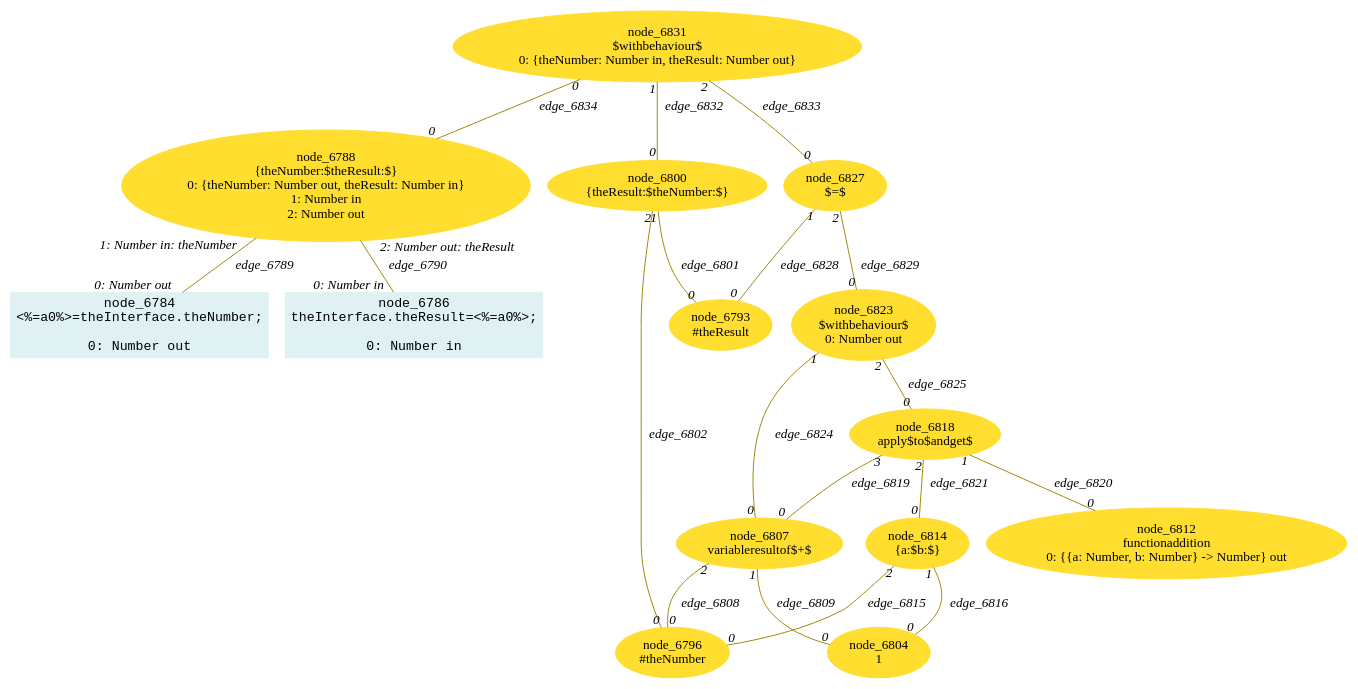
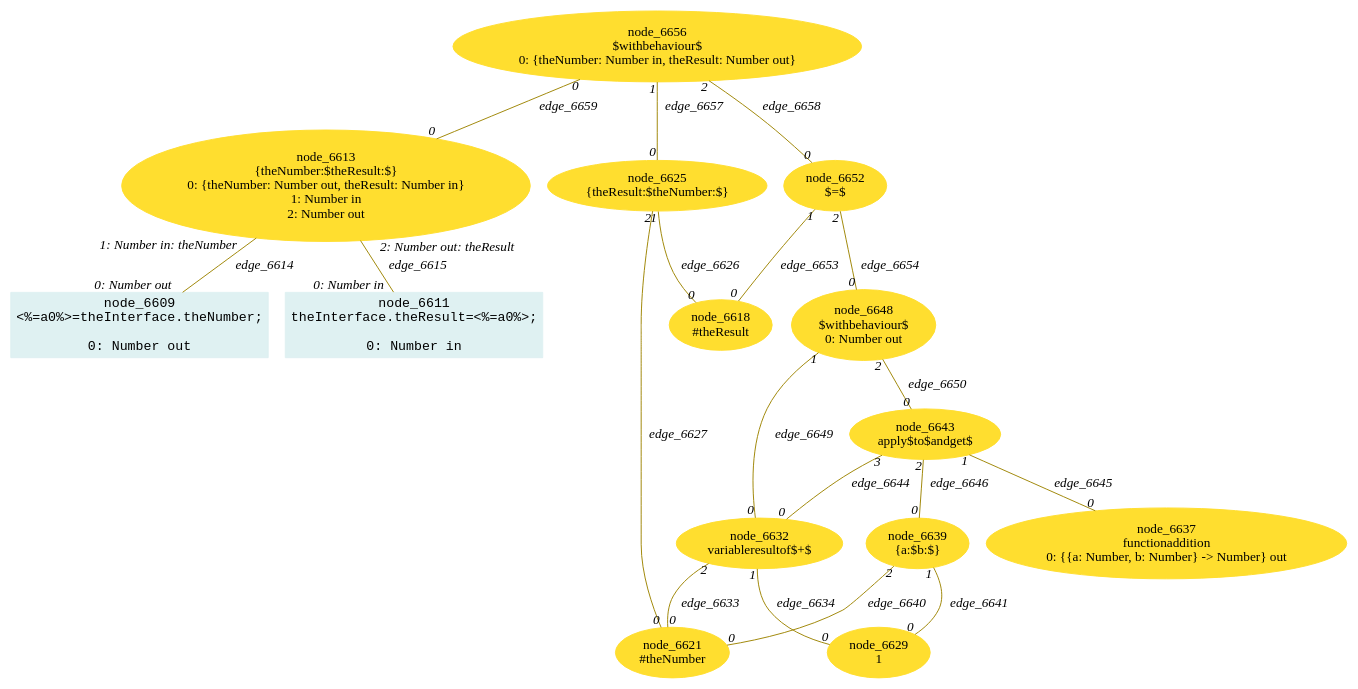
The diagram in lidl-core/example/ok/realAffectationExpression/dot/13referentialTransparencyInstances1.dot (crubier/lidl), drawn with Graphviz before and after one commit. The commit also changed 1179 other files, not shown here.

```diff
--- a/lidl-core/example/ok/realAffectationExpression/dot/13referentialTransparencyInstances1.dot
+++ b/lidl-core/example/ok/realAffectationExpression/dot/13referentialTransparencyInstances1.dot
@@ -1,65 +1,65 @@
-digraph g{node_6784 [shape="box", style="filled", color="#dff1f2", fontname="Courier", label="node_6784
+digraph g{node_6609 [shape="box", style="filled", color="#dff1f2", fontname="Courier", label="node_6609
 <%=a0%>=theInterface.theNumber;
 
 0: Number out" ]
-node_6786 [shape="box", style="filled", color="#dff1f2", fontname="Courier", label="node_6786
+node_6611 [shape="box", style="filled", color="#dff1f2", fontname="Courier", label="node_6611
 theInterface.theResult=<%=a0%>;
 
 0: Number in" ]
-node_6788 [shape="ellipse", style="filled", color="#ffde2f", fontname="Times", label="node_6788
+node_6613 [shape="ellipse", style="filled", color="#ffde2f", fontname="Times", label="node_6613
 {theNumber:$theResult:$}
 0: {theNumber: Number out, theResult: Number in}
 1: Number in
 2: Number out" ]
-node_6793 [shape="ellipse", style="filled", color="#ffde2f", fontname="Times", label="node_6793
+node_6618 [shape="ellipse", style="filled", color="#ffde2f", fontname="Times", label="node_6618
 #theResult
 " ]
-node_6796 [shape="ellipse", style="filled", color="#ffde2f", fontname="Times", label="node_6796
+node_6621 [shape="ellipse", style="filled", color="#ffde2f", fontname="Times", label="node_6621
 #theNumber
 " ]
-node_6800 [shape="ellipse", style="filled", color="#ffde2f", fontname="Times", label="node_6800
+node_6625 [shape="ellipse", style="filled", color="#ffde2f", fontname="Times", label="node_6625
 {theResult:$theNumber:$}
 " ]
-node_6804 [shape="ellipse", style="filled", color="#ffde2f", fontname="Times", label="node_6804
+node_6629 [shape="ellipse", style="filled", color="#ffde2f", fontname="Times", label="node_6629
 1
 " ]
-node_6807 [shape="ellipse", style="filled", color="#ffde2f", fontname="Times", label="node_6807
+node_6632 [shape="ellipse", style="filled", color="#ffde2f", fontname="Times", label="node_6632
 variableresultof$+$
 " ]
-node_6812 [shape="ellipse", style="filled", color="#ffde2f", fontname="Times", label="node_6812
+node_6637 [shape="ellipse", style="filled", color="#ffde2f", fontname="Times", label="node_6637
 functionaddition
 0: {{a: Number, b: Number} -> Number} out" ]
-node_6814 [shape="ellipse", style="filled", color="#ffde2f", fontname="Times", label="node_6814
+node_6639 [shape="ellipse", style="filled", color="#ffde2f", fontname="Times", label="node_6639
 {a:$b:$}
 " ]
-node_6818 [shape="ellipse", style="filled", color="#ffde2f", fontname="Times", label="node_6818
+node_6643 [shape="ellipse", style="filled", color="#ffde2f", fontname="Times", label="node_6643
 apply$to$andget$
 " ]
-node_6823 [shape="ellipse", style="filled", color="#ffde2f", fontname="Times", label="node_6823
+node_6648 [shape="ellipse", style="filled", color="#ffde2f", fontname="Times", label="node_6648
 $withbehaviour$
 0: Number out" ]
-node_6827 [shape="ellipse", style="filled", color="#ffde2f", fontname="Times", label="node_6827
+node_6652 [shape="ellipse", style="filled", color="#ffde2f", fontname="Times", label="node_6652
 $=$
 " ]
-node_6831 [shape="ellipse", style="filled", color="#ffde2f", fontname="Times", label="node_6831
+node_6656 [shape="ellipse", style="filled", color="#ffde2f", fontname="Times", label="node_6656
 $withbehaviour$
 0: {theNumber: Number in, theResult: Number out}" ]
-node_6788 -> node_6784 [dir=none, arrowHead=none, fontname="Times-Italic", arrowsize=1, color="#9d8400", label="edge_6789",  headlabel="0: Number out", taillabel="1: Number in: theNumber" ]
-node_6788 -> node_6786 [dir=none, arrowHead=none, fontname="Times-Italic", arrowsize=1, color="#9d8400", label="edge_6790",  headlabel="0: Number in", taillabel="2: Number out: theResult" ]
-node_6800 -> node_6793 [dir=none, arrowHead=none, fontname="Times-Italic", arrowsize=1, color="#9d8400", label="edge_6801",  headlabel="0", taillabel="1" ]
-node_6800 -> node_6796 [dir=none, arrowHead=none, fontname="Times-Italic", arrowsize=1, color="#9d8400", label="edge_6802",  headlabel="0", taillabel="2" ]
-node_6807 -> node_6796 [dir=none, arrowHead=none, fontname="Times-Italic", arrowsize=1, color="#9d8400", label="edge_6808",  headlabel="0", taillabel="2" ]
-node_6807 -> node_6804 [dir=none, arrowHead=none, fontname="Times-Italic", arrowsize=1, color="#9d8400", label="edge_6809",  headlabel="0", taillabel="1" ]
-node_6814 -> node_6796 [dir=none, arrowHead=none, fontname="Times-Italic", arrowsize=1, color="#9d8400", label="edge_6815",  headlabel="0", taillabel="2" ]
-node_6814 -> node_6804 [dir=none, arrowHead=none, fontname="Times-Italic", arrowsize=1, color="#9d8400", label="edge_6816",  headlabel="0", taillabel="1" ]
-node_6818 -> node_6807 [dir=none, arrowHead=none, fontname="Times-Italic", arrowsize=1, color="#9d8400", label="edge_6819",  headlabel="0", taillabel="3" ]
-node_6818 -> node_6812 [dir=none, arrowHead=none, fontname="Times-Italic", arrowsize=1, color="#9d8400", label="edge_6820",  headlabel="0", taillabel="1" ]
-node_6818 -> node_6814 [dir=none, arrowHead=none, fontname="Times-Italic", arrowsize=1, color="#9d8400", label="edge_6821",  headlabel="0", taillabel="2" ]
-node_6823 -> node_6807 [dir=none, arrowHead=none, fontname="Times-Italic", arrowsize=1, color="#9d8400", label="edge_6824",  headlabel="0", taillabel="1" ]
-node_6823 -> node_6818 [dir=none, arrowHead=none, fontname="Times-Italic", arrowsize=1, color="#9d8400", label="edge_6825",  headlabel="0", taillabel="2" ]
-node_6827 -> node_6793 [dir=none, arrowHead=none, fontname="Times-Italic", arrowsize=1, color="#9d8400", label="edge_6828",  headlabel="0", taillabel="1" ]
-node_6827 -> node_6823 [dir=none, arrowHead=none, fontname="Times-Italic", arrowsize=1, color="#9d8400", label="edge_6829",  headlabel="0", taillabel="2" ]
-node_6831 -> node_6800 [dir=none, arrowHead=none, fontname="Times-Italic", arrowsize=1, color="#9d8400", label="edge_6832",  headlabel="0", taillabel="1" ]
-node_6831 -> node_6827 [dir=none, arrowHead=none, fontname="Times-Italic", arrowsize=1, color="#9d8400", label="edge_6833",  headlabel="0", taillabel="2" ]
-node_6831 -> node_6788 [dir=none, arrowHead=none, fontname="Times-Italic", arrowsize=1, color="#9d8400", label="edge_6834",  headlabel="0", taillabel="0" ]
+node_6613 -> node_6609 [dir=none, arrowHead=none, fontname="Times-Italic", arrowsize=1, color="#9d8400", label="edge_6614",  headlabel="0: Number out", taillabel="1: Number in: theNumber" ]
+node_6613 -> node_6611 [dir=none, arrowHead=none, fontname="Times-Italic", arrowsize=1, color="#9d8400", label="edge_6615",  headlabel="0: Number in", taillabel="2: Number out: theResult" ]
+node_6625 -> node_6618 [dir=none, arrowHead=none, fontname="Times-Italic", arrowsize=1, color="#9d8400", label="edge_6626",  headlabel="0", taillabel="1" ]
+node_6625 -> node_6621 [dir=none, arrowHead=none, fontname="Times-Italic", arrowsize=1, color="#9d8400", label="edge_6627",  headlabel="0", taillabel="2" ]
+node_6632 -> node_6621 [dir=none, arrowHead=none, fontname="Times-Italic", arrowsize=1, color="#9d8400", label="edge_6633",  headlabel="0", taillabel="2" ]
+node_6632 -> node_6629 [dir=none, arrowHead=none, fontname="Times-Italic", arrowsize=1, color="#9d8400", label="edge_6634",  headlabel="0", taillabel="1" ]
+node_6639 -> node_6621 [dir=none, arrowHead=none, fontname="Times-Italic", arrowsize=1, color="#9d8400", label="edge_6640",  headlabel="0", taillabel="2" ]
+node_6639 -> node_6629 [dir=none, arrowHead=none, fontname="Times-Italic", arrowsize=1, color="#9d8400", label="edge_6641",  headlabel="0", taillabel="1" ]
+node_6643 -> node_6632 [dir=none, arrowHead=none, fontname="Times-Italic", arrowsize=1, color="#9d8400", label="edge_6644",  headlabel="0", taillabel="3" ]
+node_6643 -> node_6637 [dir=none, arrowHead=none, fontname="Times-Italic", arrowsize=1, color="#9d8400", label="edge_6645",  headlabel="0", taillabel="1" ]
+node_6643 -> node_6639 [dir=none, arrowHead=none, fontname="Times-Italic", arrowsize=1, color="#9d8400", label="edge_6646",  headlabel="0", taillabel="2" ]
+node_6648 -> node_6632 [dir=none, arrowHead=none, fontname="Times-Italic", arrowsize=1, color="#9d8400", label="edge_6649",  headlabel="0", taillabel="1" ]
+node_6648 -> node_6643 [dir=none, arrowHead=none, fontname="Times-Italic", arrowsize=1, color="#9d8400", label="edge_6650",  headlabel="0", taillabel="2" ]
+node_6652 -> node_6618 [dir=none, arrowHead=none, fontname="Times-Italic", arrowsize=1, color="#9d8400", label="edge_6653",  headlabel="0", taillabel="1" ]
+node_6652 -> node_6648 [dir=none, arrowHead=none, fontname="Times-Italic", arrowsize=1, color="#9d8400", label="edge_6654",  headlabel="0", taillabel="2" ]
+node_6656 -> node_6625 [dir=none, arrowHead=none, fontname="Times-Italic", arrowsize=1, color="#9d8400", label="edge_6657",  headlabel="0", taillabel="1" ]
+node_6656 -> node_6652 [dir=none, arrowHead=none, fontname="Times-Italic", arrowsize=1, color="#9d8400", label="edge_6658",  headlabel="0", taillabel="2" ]
+node_6656 -> node_6613 [dir=none, arrowHead=none, fontname="Times-Italic", arrowsize=1, color="#9d8400", label="edge_6659",  headlabel="0", taillabel="0" ]
 }
```
